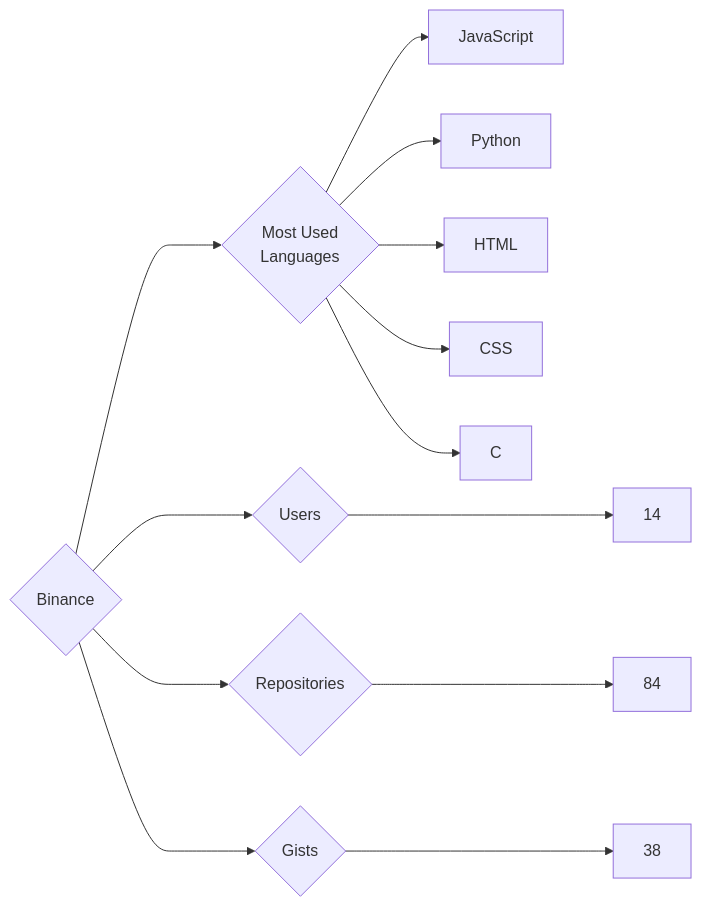
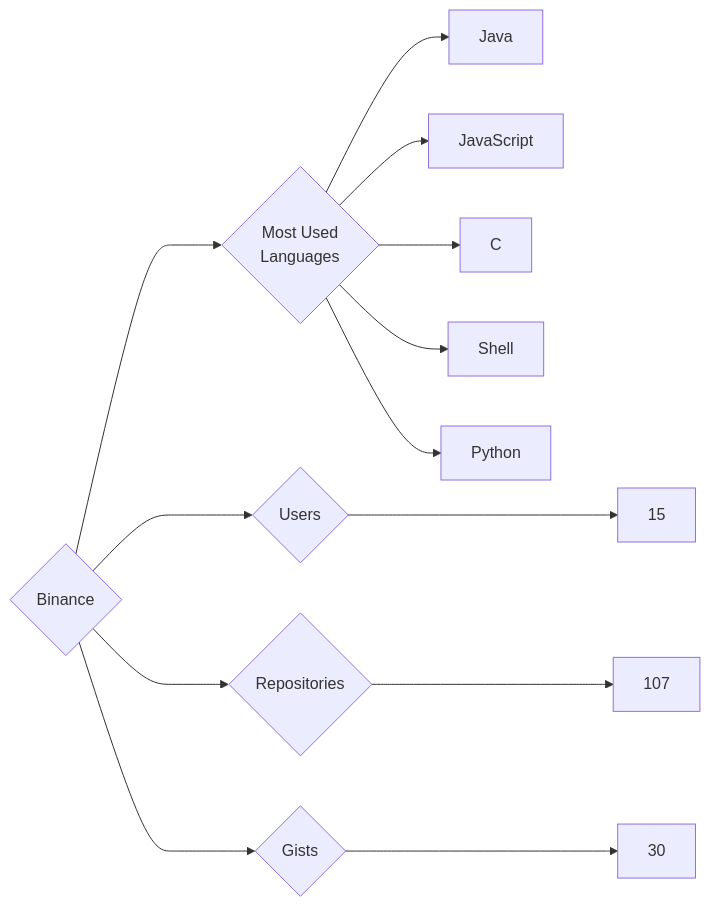
Before and after one commit to trickest/insiders: the diagram in targets/Binance/README.md, drawn with Mermaid. The commit also changed 951 other files, not shown here.

````diff
--- a/targets/Binance/README.md
+++ b/targets/Binance/README.md
@@ -3,13 +3,13 @@
 ```mermaid
 graph LR
 COMPANY_NAME{Binance}
-COMPANY_NAME ---> U{Users} ---> UN[14]
-COMPANY_NAME ---> R{Repositories} ---> RN[84]
-COMPANY_NAME ---> G{Gists} ---> GN[38]
+COMPANY_NAME ---> U{Users} ---> UN[15]
+COMPANY_NAME ---> R{Repositories} ---> RN[107]
+COMPANY_NAME ---> G{Gists} ---> GN[30]
 COMPANY_NAME ---> ML{Most Used<br>Languages}
+ML --> Java[Java]
 ML --> JavaScript[JavaScript]
+ML --> C[C]
+ML --> Shell[Shell]
 ML --> Python[Python]
-ML --> HTML[HTML]
-ML --> CSS[CSS]
-ML --> C[C]
 ```
````
